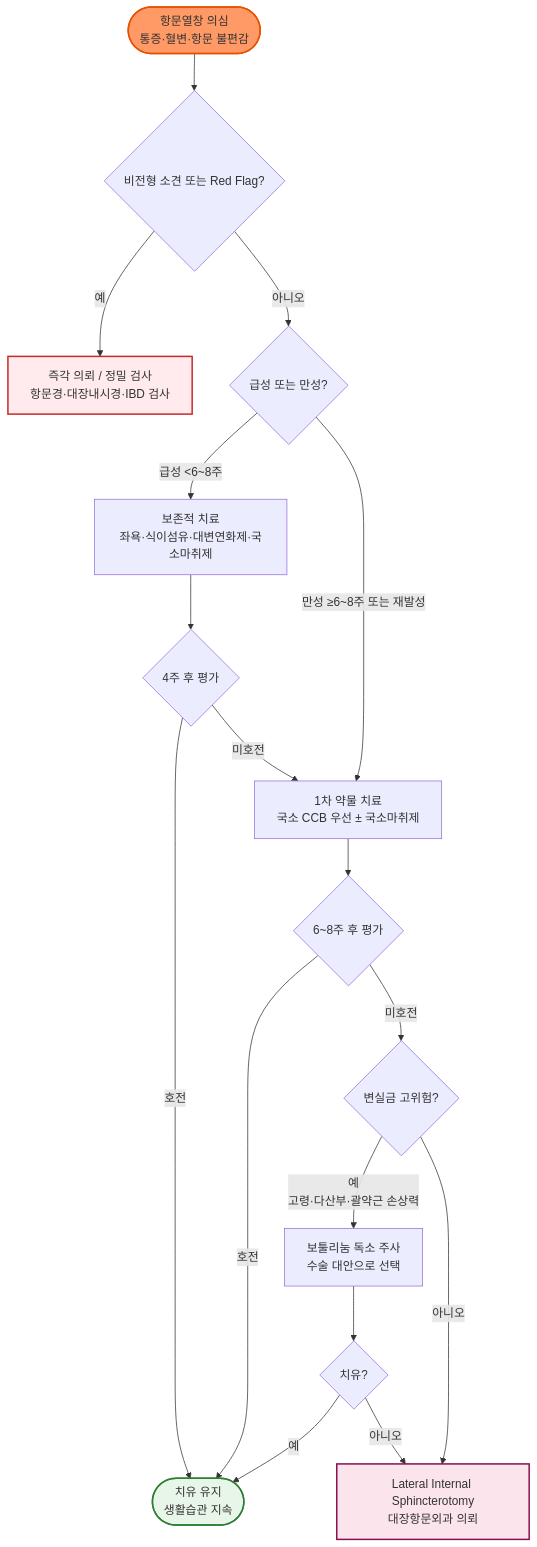
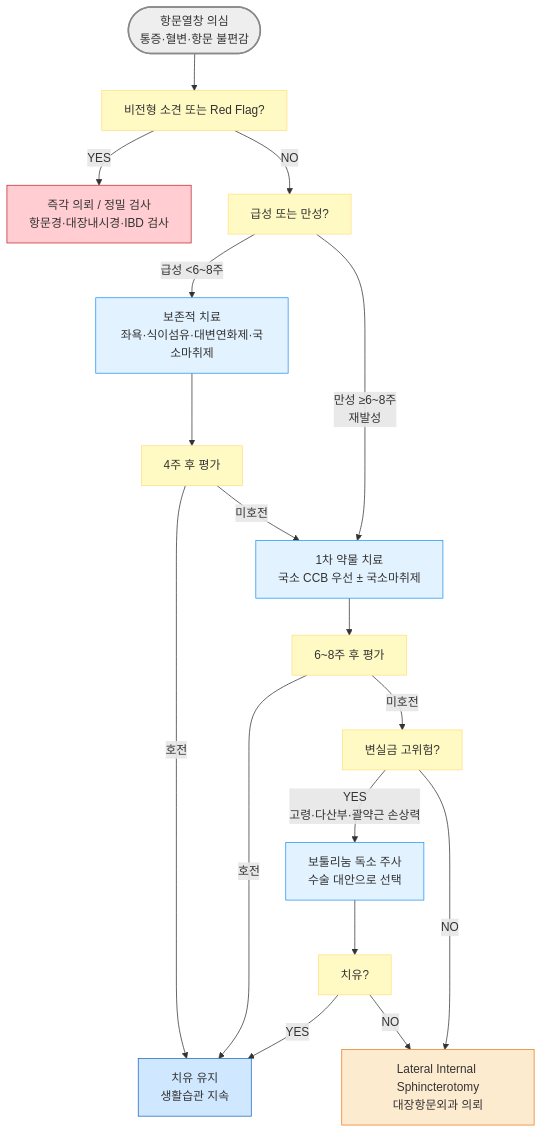
Before and after one commit to familyoh77/familyoh77: the diagram in 224_/090_-anal-fissure.md, drawn with Mermaid. The commit also changed other lines of this file, not shown here.

````diff
--- a/224_/090_-anal-fissure.md
+++ b/224_/090_-anal-fissure.md
@@ -90,23 +90,28 @@
 ```mermaid
 graph TD
-    A([항문열창 의심<br/>통증·혈변·항문 불편감]) --> B{비전형 소견 또는 Red Flag?}
-    B -- 예 --> C[즉각 의뢰 / 정밀 검사<br/>항문경·대장내시경·IBD 검사]
-    B -- 아니오 --> D{급성 또는 만성?}
+    A([항문열창 의심<br/>통증·혈변·항문 불편감]) --> B[비전형 소견 또는 Red Flag?]
+    B -- YES --> C[즉각 의뢰 / 정밀 검사<br/>항문경·대장내시경·IBD 검사]
+    B -- NO --> D[급성 또는 만성?]
     D -- "급성 <6~8주" --> E[보존적 치료<br/>좌욕·식이섬유·대변연화제·국소마취제]
-    D -- "만성 ≥6~8주 또는 재발성" --> G
-    E --> F{4주 후 평가}
-    F -- 호전 --> Z([치유 유지<br/>생활습관 지속])
+    D -- "만성 ≥6~8주 <br/> 재발성" --> G
+    E --> F[4주 후 평가]
+    F -- 호전 --> Z[치유 유지<br/>생활습관 지속]
     F -- 미호전 --> G[1차 약물 치료<br/>국소 CCB 우선 ± 국소마취제]
-    G --> H{6~8주 후 평가}
+    G --> H[6~8주 후 평가]
     H -- 호전 --> Z
-    H -- 미호전 --> I{변실금 고위험?}
-    I -- "예<br/>고령·다산부·괄약근 손상력" --> J[보툴리눔 독소 주사<br/>수술 대안으로 선택]
-    I -- 아니오 --> K[Lateral Internal Sphincterotomy<br/>대장항문외과 의뢰]
-    J --> L{치유?}
-    L -- 예 --> Z
-    L -- 아니오 --> K
-    style A fill:#f96,stroke:#e65100,stroke-width:2px
-    style C fill:#ffebee,stroke:#c62828,stroke-width:2px
-    style K fill:#fce4ec,stroke:#880e4f,stroke-width:2px
-    style Z fill:#e8f5e9,stroke:#2e7d32,stroke-width:2px
+    H -- 미호전 --> I[변실금 고위험?]
+    I -- "YES<br/>고령·다산부·괄약근 손상력" --> J[보툴리눔 독소 주사<br/>수술 대안으로 선택]
+    I -- NO --> K[Lateral Internal Sphincterotomy<br/>대장항문외과 의뢰]
+    J --> L[치유?]
+    L -- YES --> Z
+    L -- NO --> K
+    style A fill:#eeeeee,stroke:#888888,stroke-width:2px
+classDef yellow fill:#fff9c4,stroke:#ffe082
+class B,D,I,F,H,L yellow
+    style C fill:#ffcdd2,stroke:#c62828
+
+classDef sky fill:#e3f2ff,stroke:#2196f3
+class E,G,J sky
+style Z fill:#d0e8ff,stroke:#1a6abf
+style K fill:#fdebd0,stroke:#e67e22
 ```
````
